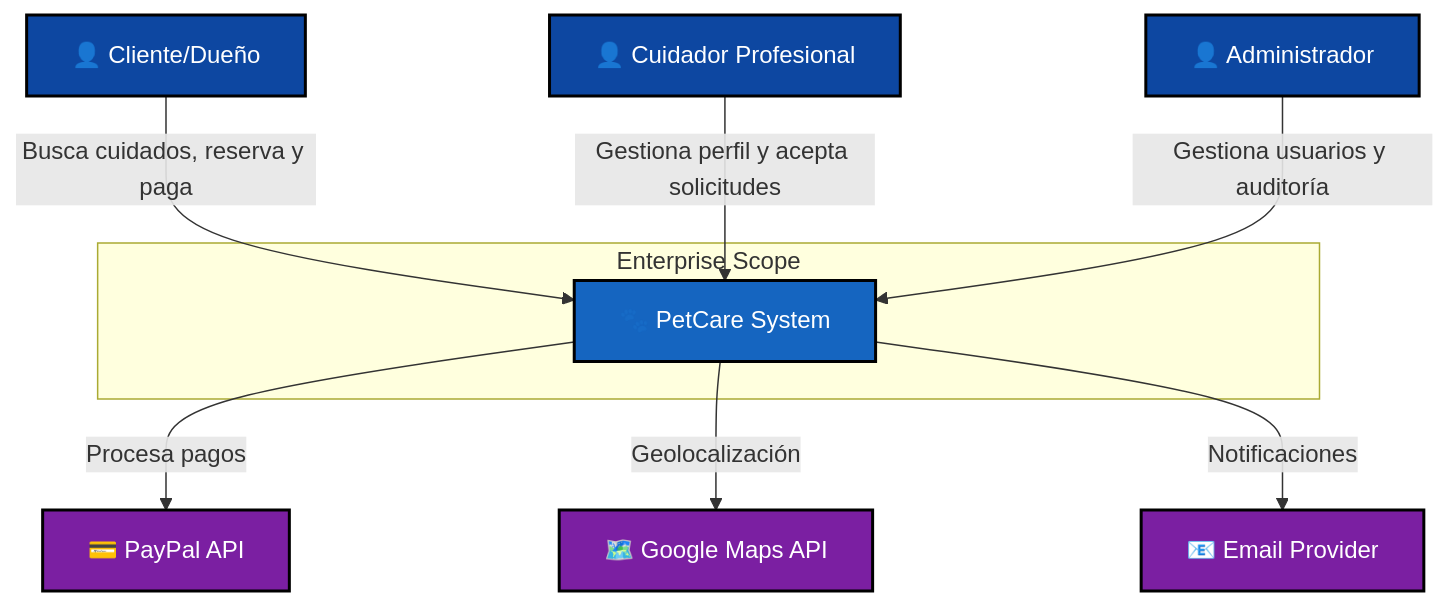
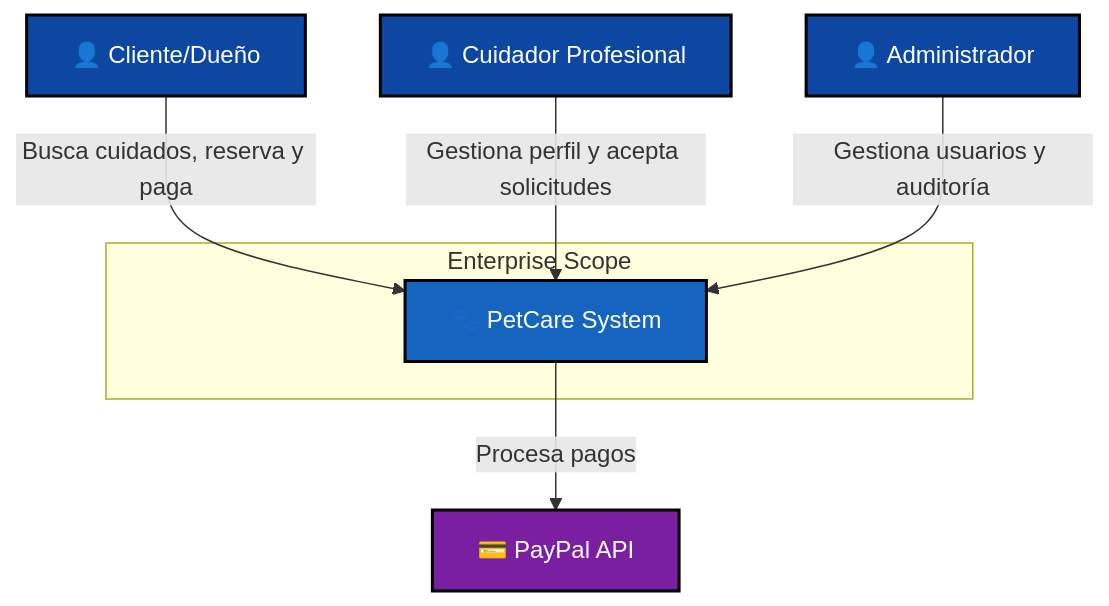
The first of 2 diagrams in README.md (WooshC/PetCare-DSS), drawn with Mermaid before and after one commit.

````diff
--- a/README.md
+++ b/README.md
@@ -12,35 +12,31 @@
 ```mermaid
 graph TD
     %% Actores
     Cliente[👤 Cliente/Dueño]
     Cuidador[👤 Cuidador Profesional]
     Admin[👤 Administrador]
 
     %% Sistema Principal
     subgraph "Enterprise Scope"
         PetCare[🐾 PetCare System]
     end
 
     %% Sistemas Externos
     PayPal[💳 PayPal API]
-    Maps[🗺️ Google Maps API]
-    Email[📧 Email Provider]
 
     %% Relaciones
     Cliente -->|Busca cuidados, reserva y paga| PetCare
     Cuidador -->|Gestiona perfil y acepta solicitudes| PetCare
     Admin -->|Gestiona usuarios y auditoría| PetCare
 
     PetCare -->|Procesa pagos| PayPal
-    PetCare -->|Geolocalización| Maps
-    PetCare -->|Notificaciones| Email
 
     %% Estilos
     classDef person fill:#0d47a1,stroke:#000,stroke-width:2px,color:#fff
     classDef system fill:#1565c0,stroke:#000,stroke-width:2px,color:#fff
     classDef external fill:#7b1fa2,stroke:#000,stroke-width:2px,color:#fff
 
     class Cliente,Cuidador,Admin person
     class PetCare system
-    class PayPal,Maps,Email external
+    class PayPal external
 ```
````
